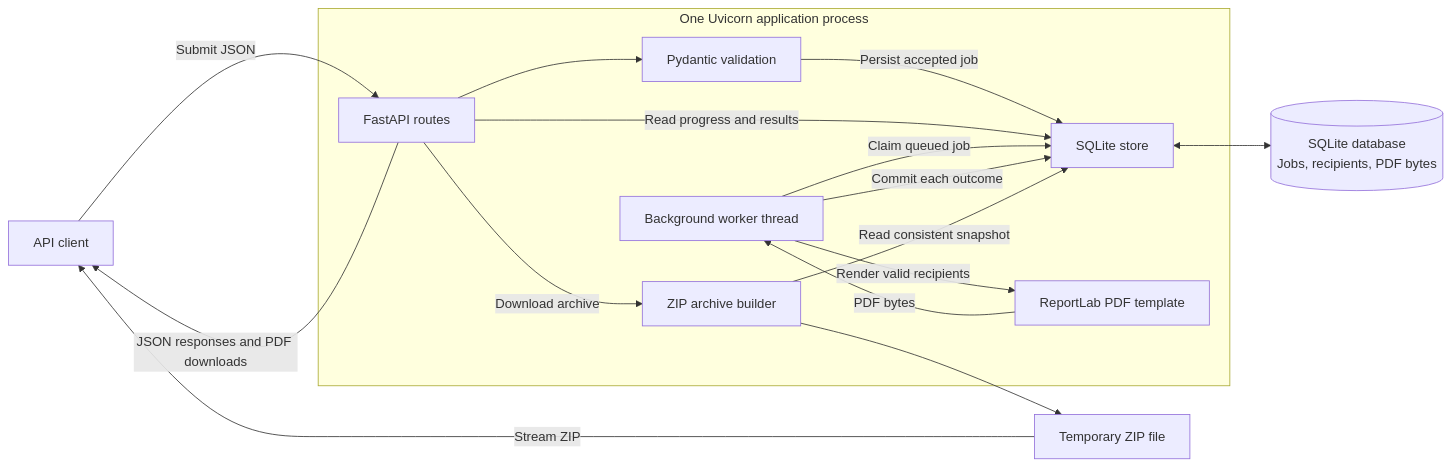
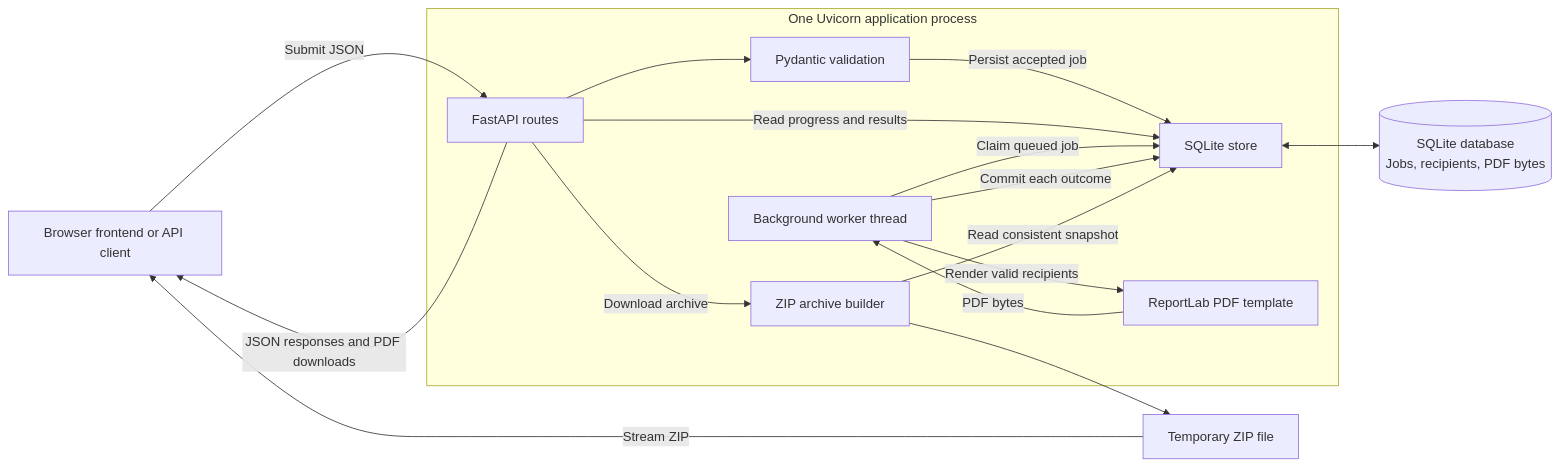
The first of 4 diagrams in README.md (Sumanhm18/Bulk-Certificate-Generator), drawn with Mermaid before and after one commit. The commit also changed other lines of this file and 1 other file, not shown here.

Commit message:
Test frontend serving and document browser workflow and architecture

````diff
--- a/README.md
+++ b/README.md
@@ -19,29 +20,29 @@
 ```mermaid
 flowchart LR
-    Client[API client]
+    Client[Browser frontend or API client]
     subgraph Process[One Uvicorn application process]
         API[FastAPI routes]
         Validation[Pydantic validation]
         Store[SQLite store]
         Worker[Background worker thread]
         Renderer[ReportLab PDF template]
         Archive[ZIP archive builder]
     end
     DB[(SQLite database\nJobs, recipients, PDF bytes)]
     Temp[Temporary ZIP file]
 
     Client -->|Submit JSON| API
     API --> Validation
     Validation -->|Persist accepted job| Store
     API -->|Read progress and results| Store
     Worker -->|Claim queued job| Store
     Worker -->|Render valid recipients| Renderer
     Renderer -->|PDF bytes| Worker
     Worker -->|Commit each outcome| Store
     Store <--> DB
     API -->|Download archive| Archive
     Archive -->|Read consistent snapshot| Store
     Archive --> Temp
     Temp -->|Stream ZIP| Client
     API -->|JSON responses and PDF downloads| Client
 ```
````
